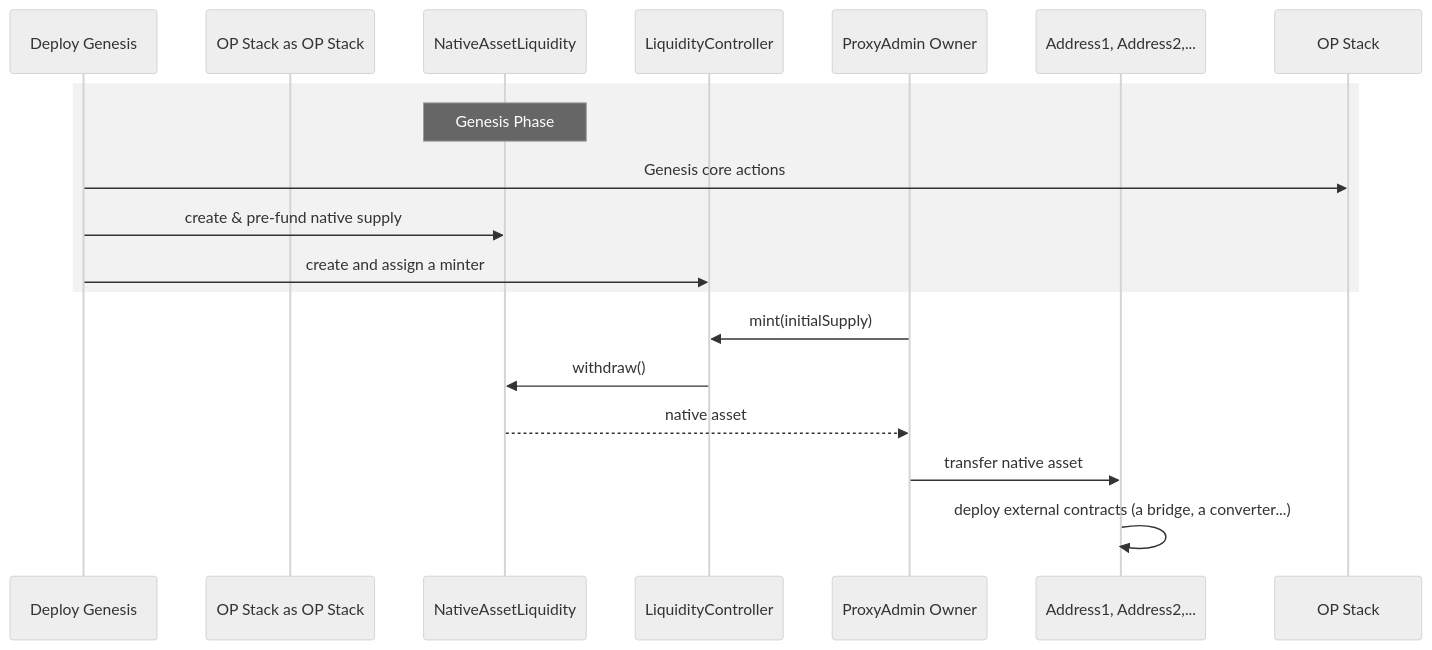
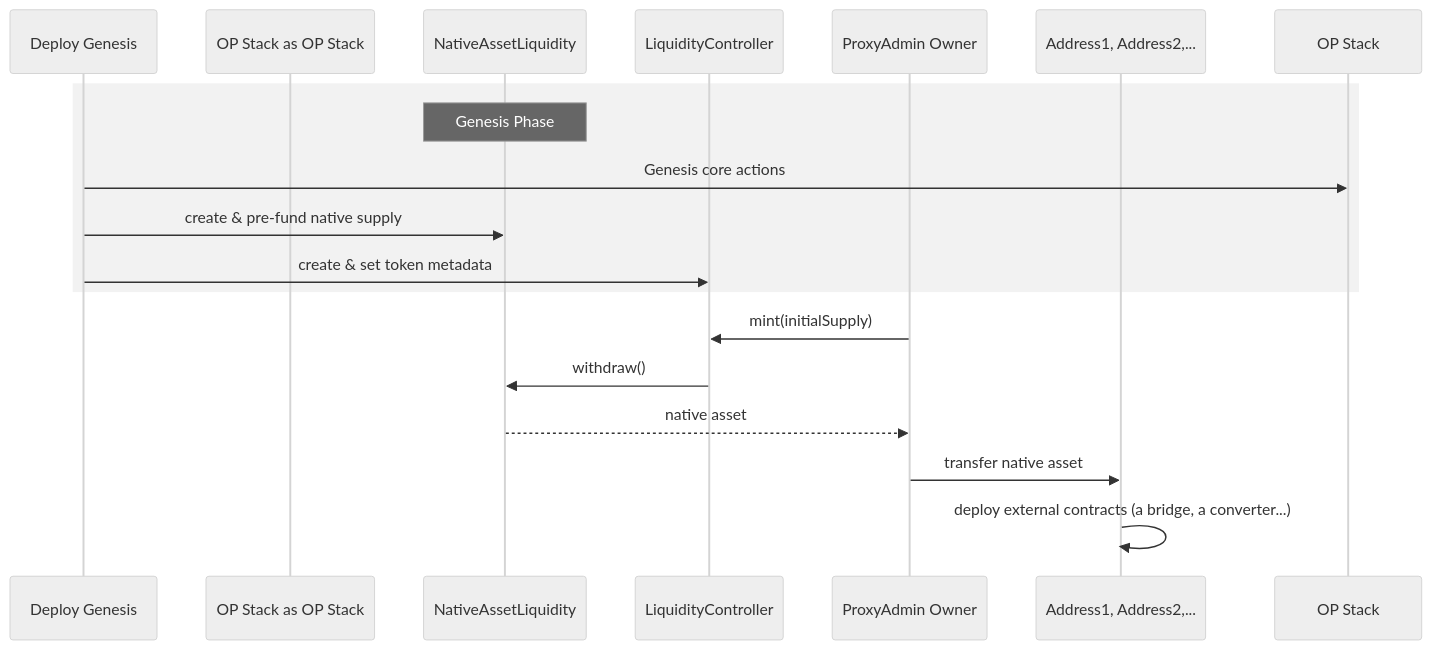
The second of 7 diagrams in protocol/custom-gas-token.md (ethereum-optimism/design-docs), drawn with Mermaid (neutral theme) before and after one commit. The commit also changed other lines of this file, not shown here.

````diff
--- a/protocol/custom-gas-token.md
+++ b/protocol/custom-gas-token.md
@@ -196,22 +199,22 @@
 ```mermaid
 sequenceDiagram
     participant Genesis   as Deploy Genesis
     participant OP Stack  as OP Stack
     participant Liquidity as NativeAssetLiquidity
     participant Controller as LiquidityController
     participant Governor  as ProxyAdmin Owner
     participant Deployer  as Address1, Address2,...
 
     rect rgba(128, 128, 128, 0.1)
 		note over Liquidity: Genesis Phase
     Genesis->>OP Stack: Genesis core actions
     Genesis->>Liquidity: create & pre-fund native supply
-    Genesis->>Controller: create and assign a minter
+    Genesis->>Controller: create & set token metadata
     end
     Governor->>Controller: mint(initialSupply)
     Controller->>Liquidity: withdraw()
     Liquidity-->>Governor: native asset
     Governor->>Deployer: transfer native asset
     Deployer->>Deployer: deploy external contracts (a bridge, a converter...)
 
 ```
````
